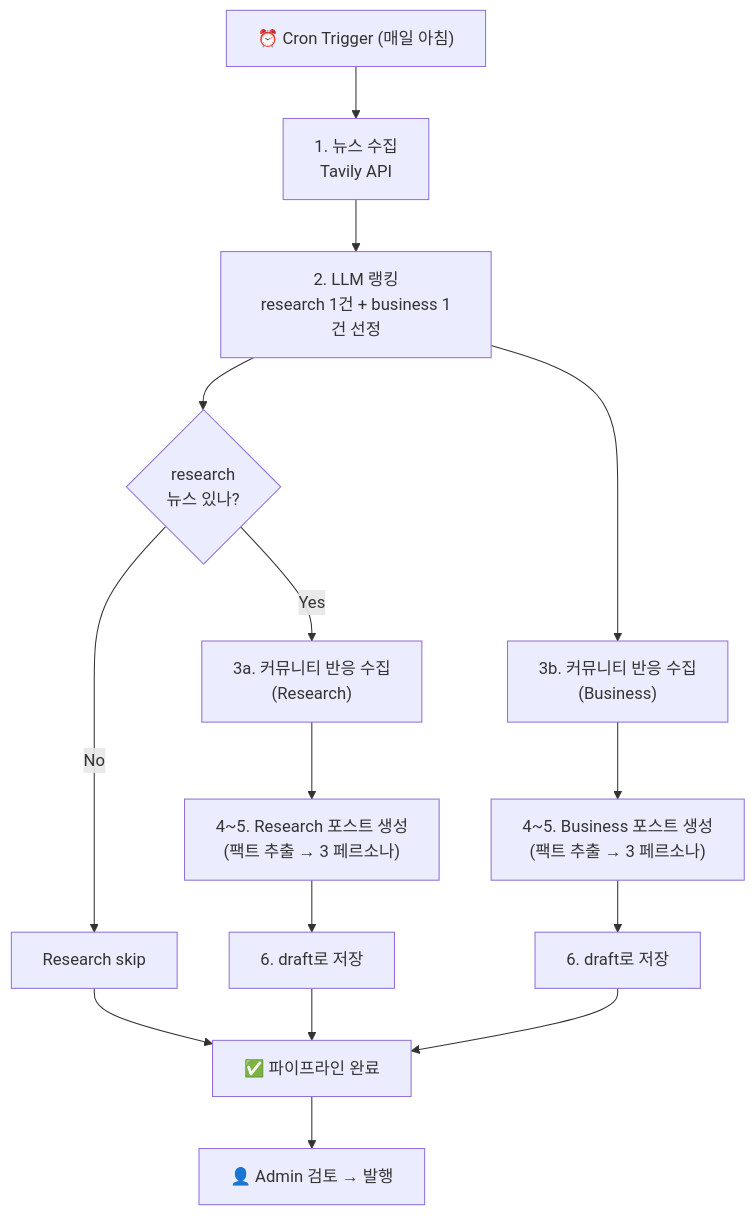
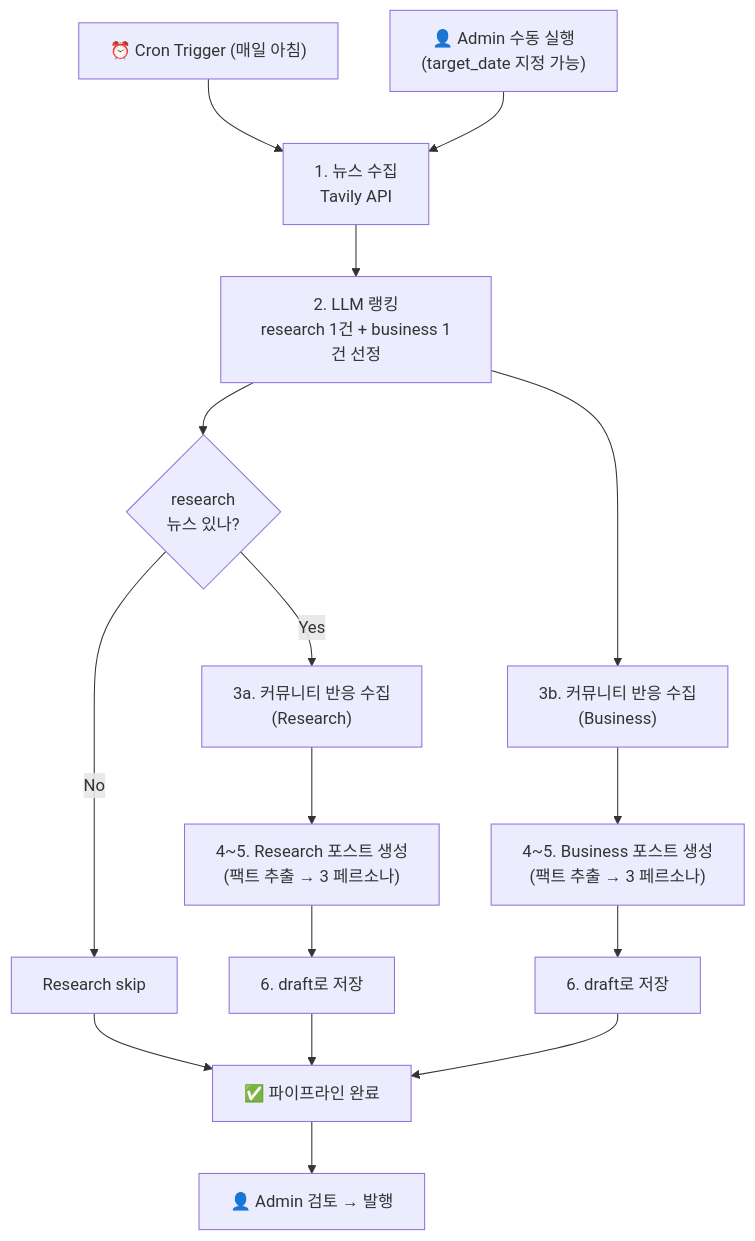
One commit to x0to1log/0to1log changed the first of 3 diagrams in vault/04-AI-System/AI-News-Pipeline-Design.md. Above: the diagram before and after it, drawn with Mermaid. The commit also changed other lines of this file and 8 other files, not shown here.

First line of the commit message:
feat: support target_date in news pipeline for backfill

````diff
--- a/vault/04-AI-System/AI-News-Pipeline-Design.md
+++ b/vault/04-AI-System/AI-News-Pipeline-Design.md
@@ -12,22 +12,23 @@
 ```mermaid
 flowchart TD
     CRON["⏰ Cron Trigger (매일 아침)"] --> COLLECT["1. 뉴스 수집\nTavily API"]
+    ADMIN_BTN["👤 Admin 수동 실행\n(target_date 지정 가능)"] --> COLLECT
     COLLECT --> RANK["2. LLM 랭킹\nresearch 1건 + business 1건 선정"]
     RANK --> HAS_R{"research \n 뉴스 있나?"}
 
     HAS_R -->|Yes| REACT_R["3a. 커뮤니티 반응 수집\n(Research)"]
     HAS_R -->|No| SKIP_R["Research skip"]
 
     RANK --> REACT_B["3b. 커뮤니티 반응 수집\n(Business)"]
 
     REACT_R --> GEN_R["4~5. Research 포스트 생성\n(팩트 추출 → 3 페르소나)"]
     REACT_B --> GEN_B["4~5. Business 포스트 생성\n(팩트 추출 → 3 페르소나)"]
 
     GEN_R --> SAVE_R["6. draft로 저장"]
     GEN_B --> SAVE_B["6. draft로 저장"]
     SKIP_R --> DONE["✅ 파이프라인 완료"]
     SAVE_R --> DONE
     SAVE_B --> DONE
 
     DONE --> ADMIN["👤 Admin 검토 → 발행"]
 ```
````
